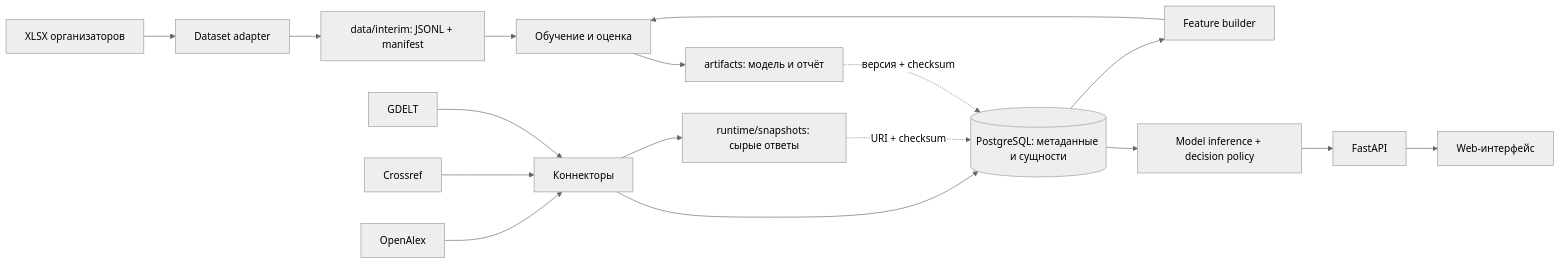
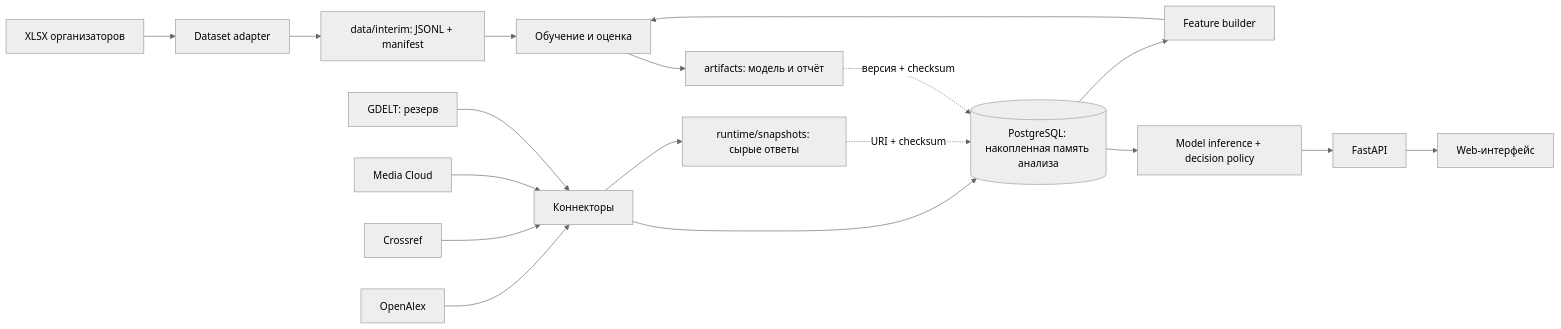
The third of 3 diagrams in ARCHITECTURE.md (xMewrizz/NextWave), drawn with Mermaid (neutral theme) before and after one commit. The commit also changed other lines of this file and 13 other files, not shown here.

Commit message:
Add live Media Cloud news connector

````diff
--- a/ARCHITECTURE.md
+++ b/ARCHITECTURE.md
@@ -429,21 +450,22 @@
 ```mermaid
 flowchart LR
     XLSX["XLSX организаторов"] --> ADAPTER["Dataset adapter"]
     ADAPTER --> DATA["data/interim: JSONL + manifest"]
     DATA --> TRAIN["Обучение и оценка"]
 
     OA["OpenAlex"] --> CONNECTORS["Коннекторы"]
     CR["Crossref"] --> CONNECTORS
-    GD["GDELT"] --> CONNECTORS
+    MC["Media Cloud"] --> CONNECTORS
+    GD["GDELT: резерв"] --> CONNECTORS
     CONNECTORS --> RAW["runtime/snapshots: сырые ответы"]
-    CONNECTORS --> PG[("PostgreSQL: метаданные и сущности")]
+    CONNECTORS --> PG[("PostgreSQL: накопленная память анализа")]
     RAW -. "URI + checksum" .-> PG
 
     PG --> FEATURES["Feature builder"]
     FEATURES --> TRAIN
     TRAIN --> ARTIFACTS["artifacts: модель и отчёт"]
     ARTIFACTS -. "версия + checksum" .-> PG
     PG --> POLICY["Model inference + decision policy"]
     POLICY --> API["FastAPI"]
     API --> UI["Web-интерфейс"]
 ```
````
